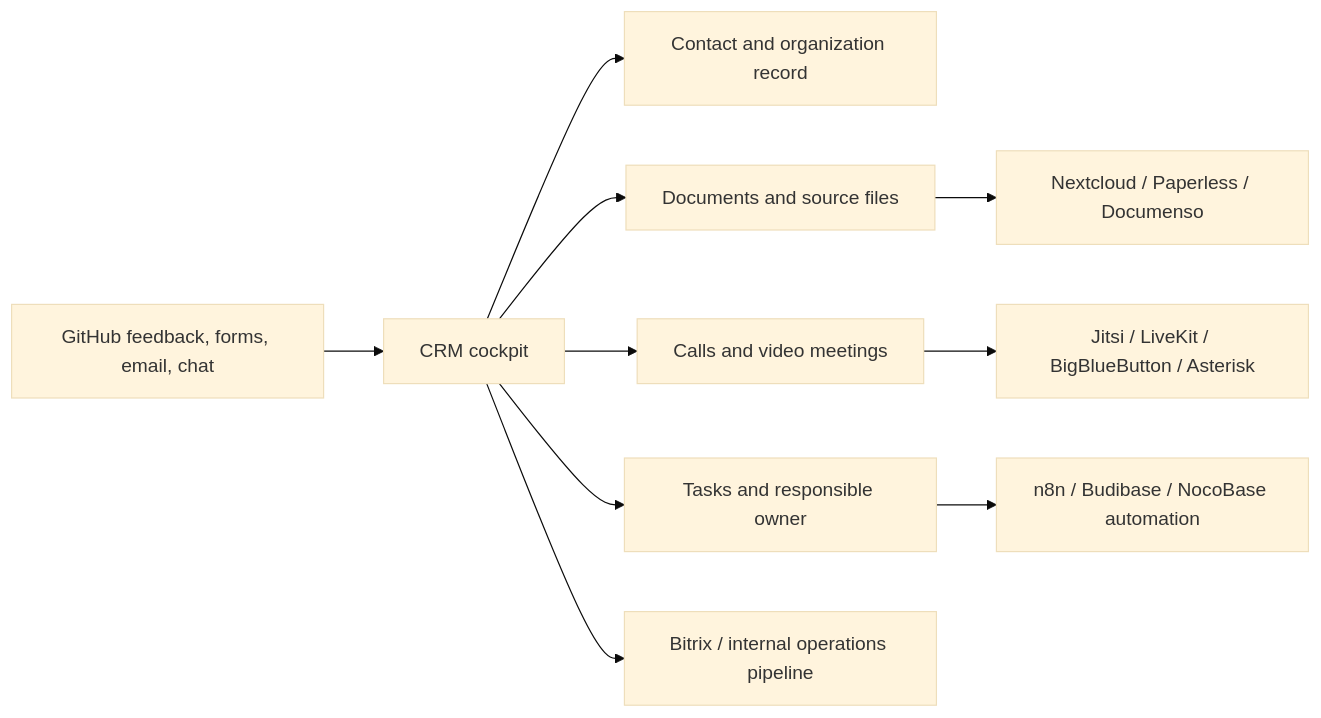
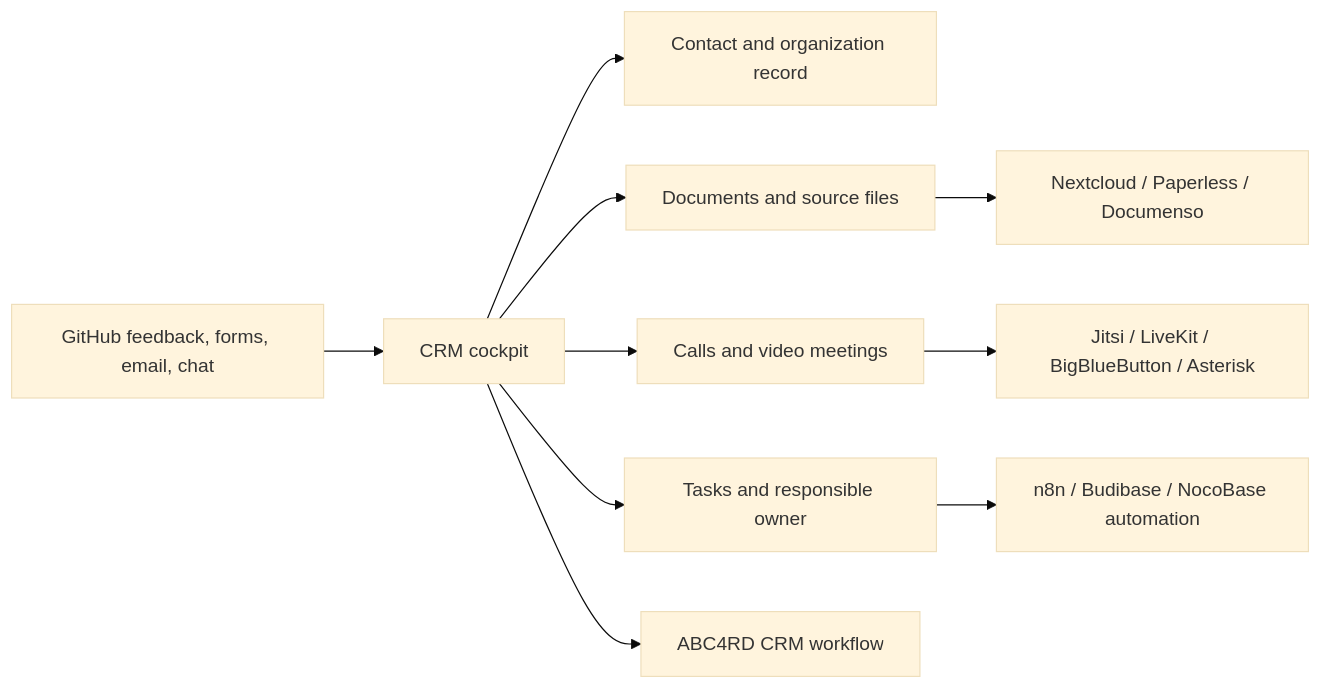
The diagram in docs/crm-open-source-stack-map.md (ABC4RDacademy/ABC4RD), drawn with Mermaid (base theme) before and after one commit. The commit also changed other lines of this file and 15 other files, not shown here.

Commit message:
Remove Bitrix dependency from CRM direction

````diff
--- a/docs/crm-open-source-stack-map.md
+++ b/docs/crm-open-source-stack-map.md
@@ -13,12 +13,12 @@
 ```mermaid
 flowchart LR
   A["GitHub feedback, forms, email, chat"] --> B["CRM cockpit"]
   B --> C["Contact and organization record"]
   B --> D["Documents and source files"]
   B --> E["Calls and video meetings"]
   B --> F["Tasks and responsible owner"]
-  B --> G["Bitrix / internal operations pipeline"]
+  B --> G["ABC4RD CRM workflow"]
   D --> H["Nextcloud / Paperless / Documenso"]
   E --> I["Jitsi / LiveKit / BigBlueButton / Asterisk"]
   F --> J["n8n / Budibase / NocoBase automation"]
 ```
````
